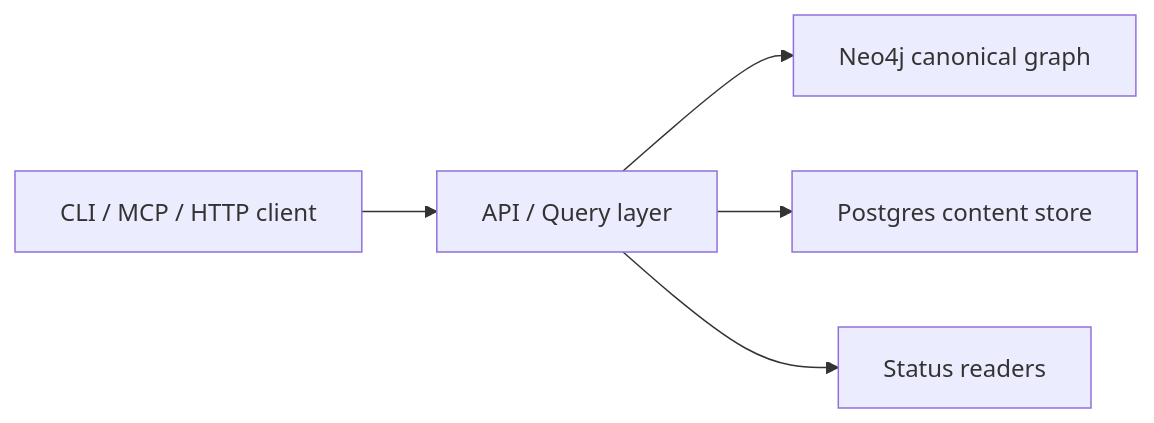
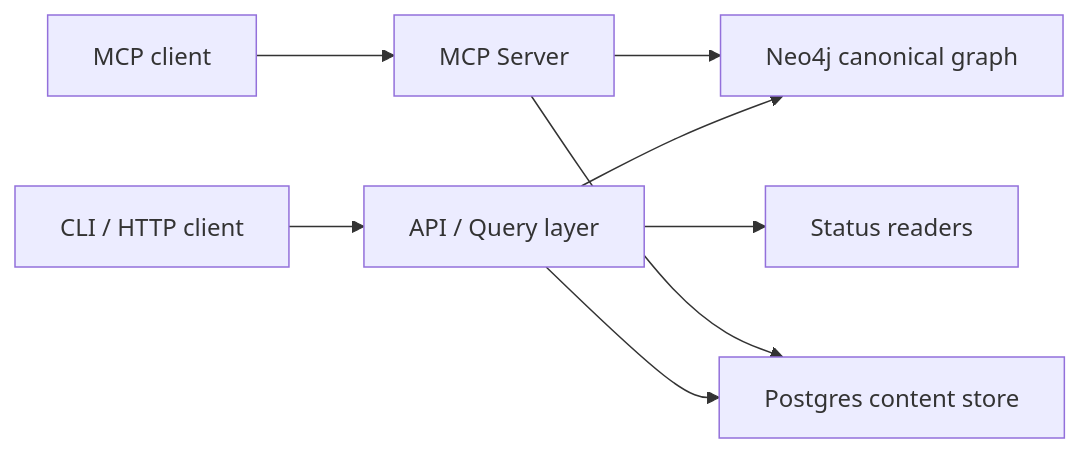
Before and after one commit to platformcontext/platform-context-graph: the second of 6 diagrams in docs/docs/reference/service-workflows.md, drawn with Mermaid. The commit also changed other lines of this file and 2 other files, not shown here.

````diff
--- a/docs/docs/reference/service-workflows.md
+++ b/docs/docs/reference/service-workflows.md
@@ -64,7 +64,10 @@
 ```mermaid
 flowchart LR
-  A["CLI / MCP / HTTP client"] --> B["API / Query layer"]
+  A["CLI / HTTP client"] --> B["API / Query layer"]
+  F["MCP client"] --> G["MCP Server"]
   B --> C["Neo4j canonical graph"]
   B --> D["Postgres content store"]
   B --> E["Status readers"]
+  G --> C
+  G --> D
 ```
````
